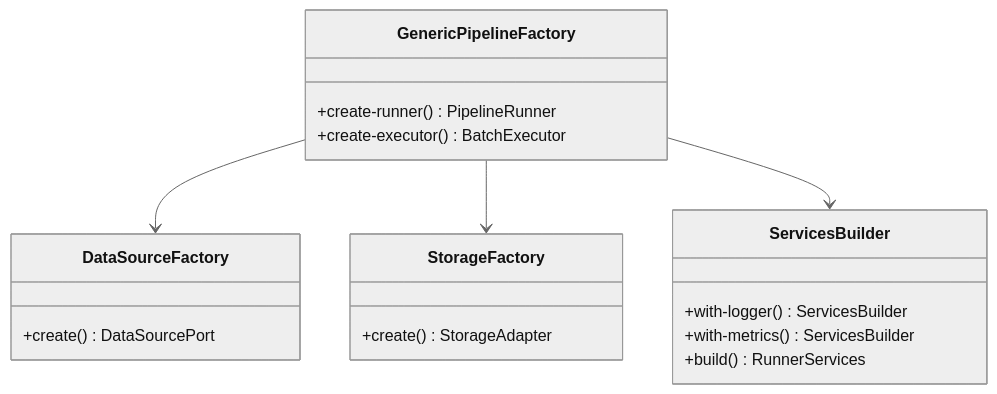
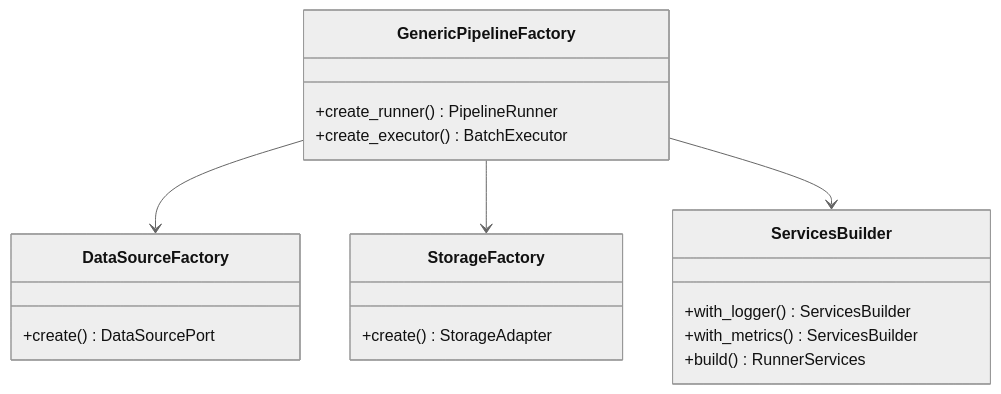
One commit to SatoryKono/BioactivityDataAcquisition changed the diagram in docs/04-reference/api/composition/factories.md. Above: the diagram before and after it, drawn with Mermaid (neutral theme). The commit also changed other lines of this file and 34 other files, not shown here.

````diff
--- a/docs/04-reference/api/composition/factories.md
+++ b/docs/04-reference/api/composition/factories.md
@@ -234,25 +234,25 @@
 ```mermaid
 classDiagram
     class GenericPipelineFactory {
-        +create-runner() PipelineRunner
-        +create-executor() BatchExecutor
+        +create_runner() PipelineRunner
+        +create_executor() BatchExecutor
     }
 
     class DataSourceFactory {
         +create() DataSourcePort
     }
 
     class StorageFactory {
         +create() StorageAdapter
     }
 
     class ServicesBuilder {
-        +with-logger() ServicesBuilder
-        +with-metrics() ServicesBuilder
+        +with_logger() ServicesBuilder
+        +with_metrics() ServicesBuilder
         +build() RunnerServices
     }
 
     GenericPipelineFactory --> DataSourceFactory
     GenericPipelineFactory --> StorageFactory
     GenericPipelineFactory --> ServicesBuilder
 ```
````
